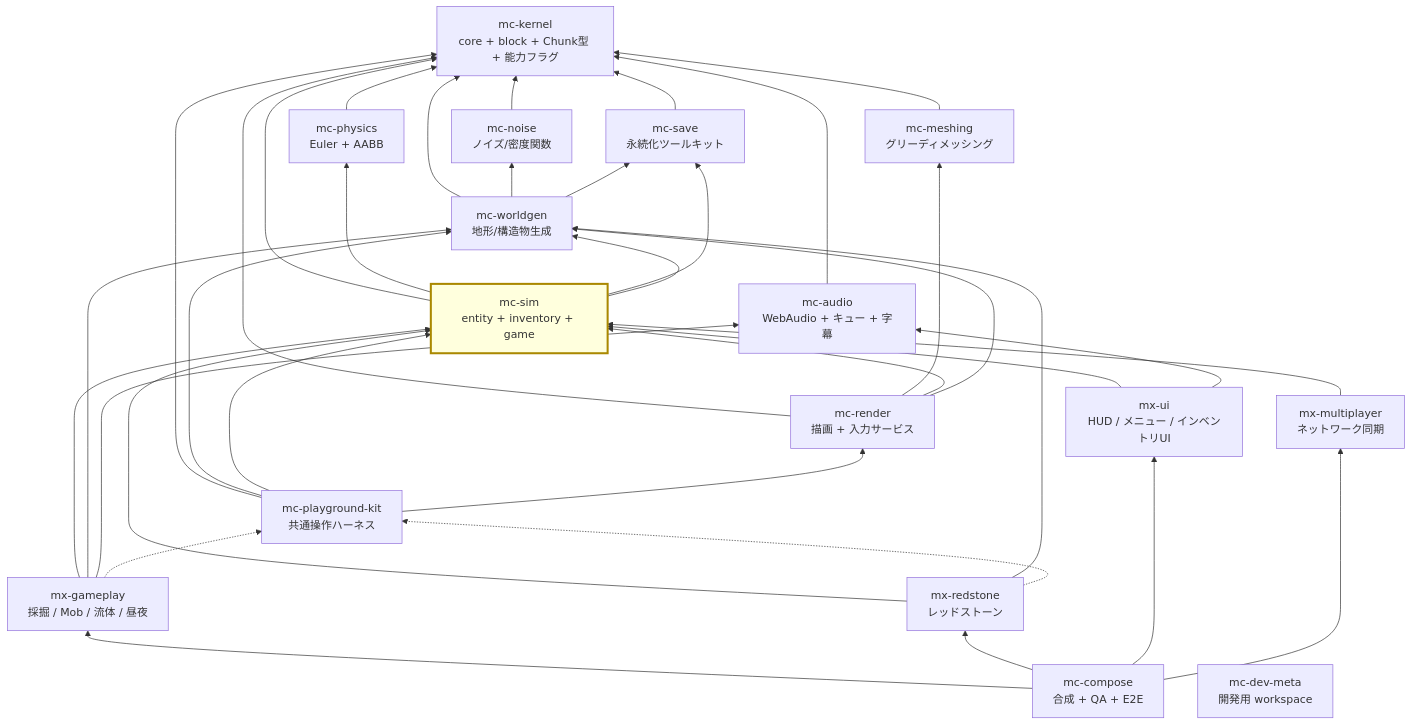
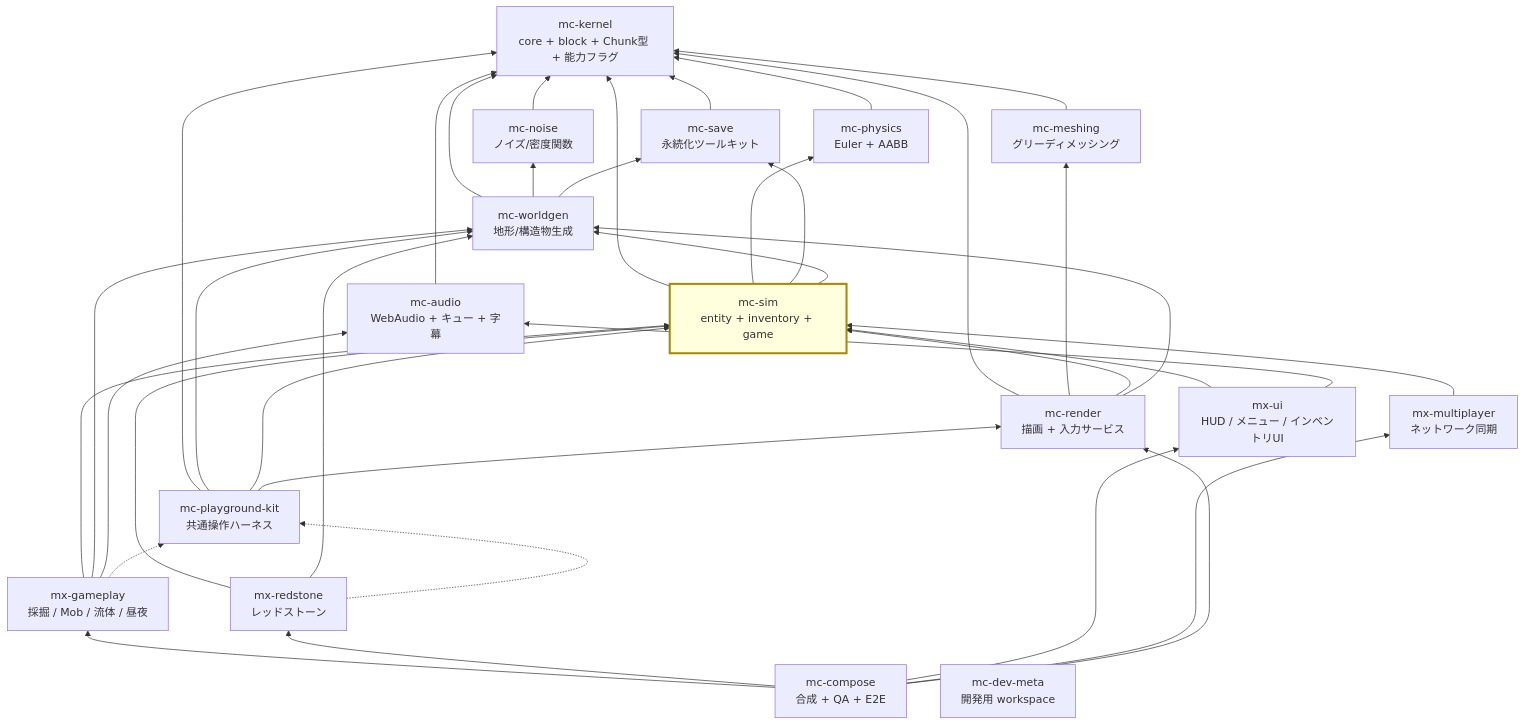
One commit to nerima-games/mc-sim changed the diagram in docs/architecture.md. Above: the diagram before and after it, drawn with Mermaid. The commit also changed 1 other file, not shown here.

````diff
--- a/docs/architecture.md
+++ b/docs/architecture.md
@@ -22,56 +22,57 @@
 ```mermaid
 graph BT
   kernel["mc-kernel<br/>core + block + Chunk型 + 能力フラグ"]
   noise["mc-noise<br/>ノイズ/密度関数"]
   meshing["mc-meshing<br/>グリーディメッシング"]
   physics["mc-physics<br/>Euler + AABB"]
   save["mc-save<br/>永続化ツールキット"]
   audio["mc-audio<br/>WebAudio + キュー + 字幕"]
   worldgen["mc-worldgen<br/>地形/構造物生成"]
   sim["mc-sim<br/>entity + inventory + game"]
   render["mc-render<br/>描画 + 入力サービス"]
   kit["mc-playground-kit<br/>共通操作ハーネス"]
   gameplay["mx-gameplay<br/>採掘 / Mob / 流体 / 昼夜"]
   redstone["mx-redstone<br/>レッドストーン"]
   ui["mx-ui<br/>HUD / メニュー / インベントリUI"]
   multiplayer["mx-multiplayer<br/>ネットワーク同期"]
   compose["mc-compose<br/>合成 + QA + E2E"]
   devmeta["mc-dev-meta<br/>開発用 workspace"]
 
   noise --> kernel
   meshing --> kernel
   physics --> kernel
   save --> kernel
   audio --> kernel
   worldgen --> kernel
   worldgen --> noise
   worldgen --> save
   sim --> kernel
   sim --> physics
   sim --> save
   sim --> worldgen
   render --> kernel
   render --> meshing
   render --> sim
   render --> worldgen
   kit --> kernel
   kit --> worldgen
   kit --> sim
   kit --> render
   gameplay --> sim
   gameplay --> worldgen
   gameplay --> audio
   gameplay -.-> kit
   redstone --> sim
   redstone --> worldgen
   redstone -.-> kit
   ui --> sim
   ui --> audio
   multiplayer --> sim
   compose --> gameplay
   compose --> redstone
   compose --> ui
   compose --> multiplayer
+  compose --> render
 
   style sim fill:#ffd,stroke:#a80,stroke-width:3px
 ```
````
